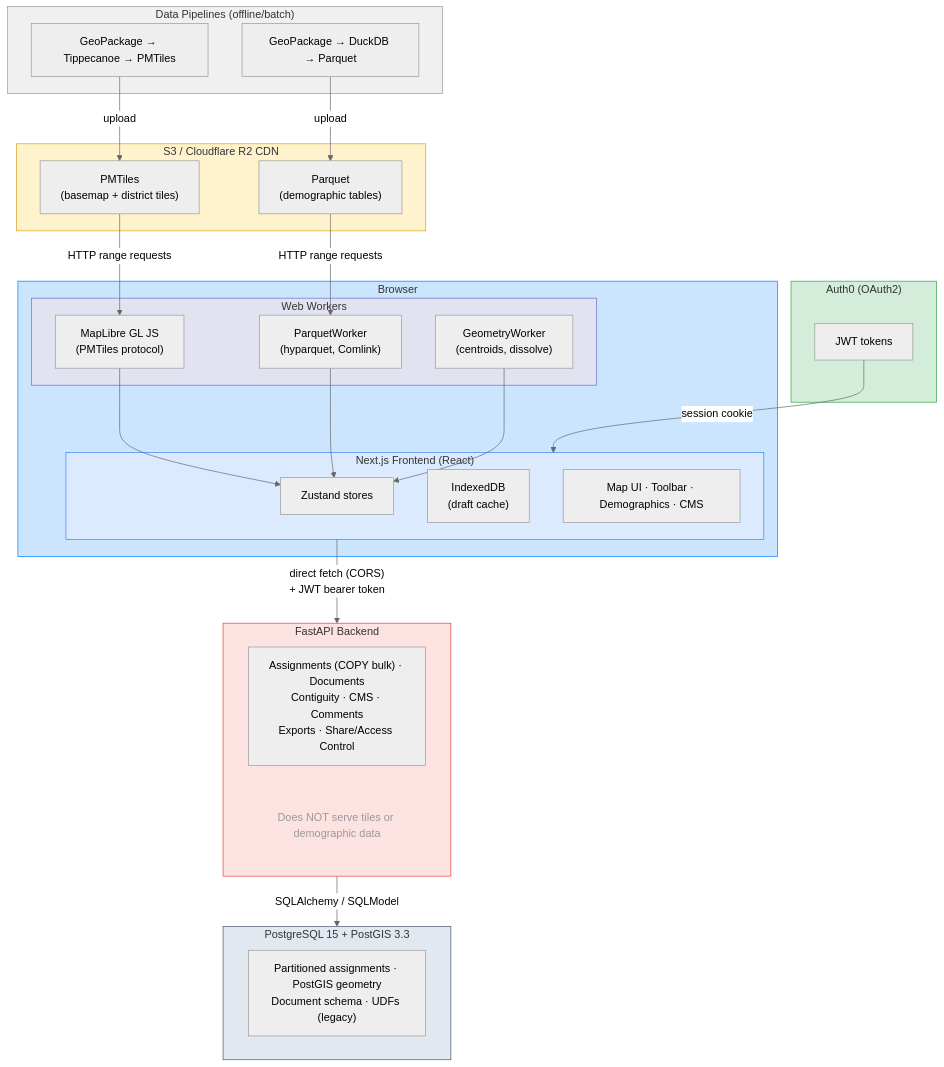
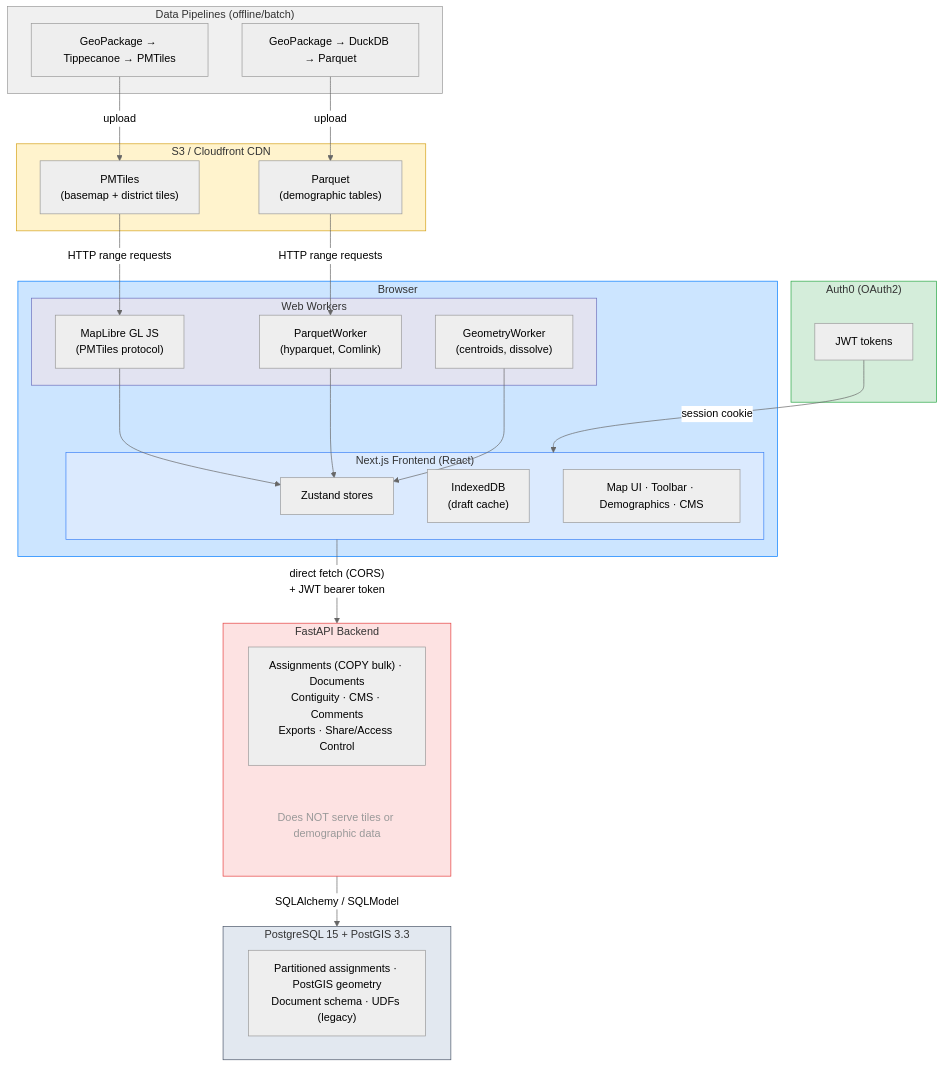
One commit to districtr/districtr-v2 changed the diagram in .agents/ARCHITECTURE.md. Above: the diagram before and after it, drawn with Mermaid (neutral theme). The commit also changed other lines of this file and 5 other files, not shown here.

````diff
--- a/.agents/ARCHITECTURE.md
+++ b/.agents/ARCHITECTURE.md
@@ -7,59 +7,59 @@
 ```mermaid
 graph TD
     subgraph Pipelines["Data Pipelines (offline/batch)"]
         P1["GeoPackage → Tippecanoe → PMTiles"]
         P2["GeoPackage → DuckDB → Parquet"]
     end
 
-    subgraph S3["S3 / Cloudflare R2 CDN"]
+    subgraph S3["S3 / Cloudfront CDN"]
         Tiles["PMTiles<br/>(basemap + district tiles)"]
         Parquet["Parquet<br/>(demographic tables)"]
     end
 
     subgraph Auth["Auth0 (OAuth2)"]
         JWT["JWT tokens"]
     end
 
     subgraph Browser["Browser"]
         subgraph Workers["Web Workers"]
             MapLibre["MapLibre GL JS<br/>(PMTiles protocol)"]
             PW["ParquetWorker<br/>(hyparquet, Comlink)"]
             GW["GeometryWorker<br/>(centroids, dissolve)"]
         end
         subgraph App["Next.js Frontend (React)"]
             Zustand["Zustand stores"]
             IDB["IndexedDB<br/>(draft cache)"]
             UI["Map UI · Toolbar · Demographics · CMS"]
         end
     end
 
     subgraph API["FastAPI Backend"]
         Endpoints["Assignments (COPY bulk) · Documents<br/>Contiguity · CMS · Comments<br/>Exports · Share/Access Control"]
         Note["Does NOT serve tiles or demographic data"]
     end
 
     subgraph DB["PostgreSQL 15 + PostGIS 3.3"]
         Tables["Partitioned assignments · PostGIS geometry<br/>Document schema · UDFs (legacy)"]
     end
 
     P1 -->|upload| Tiles
     P2 -->|upload| Parquet
     Tiles -->|HTTP range requests| MapLibre
     Parquet -->|HTTP range requests| PW
     JWT -->|session cookie| App
     MapLibre --> Zustand
     PW --> Zustand
     GW --> Zustand
     App -->|"direct fetch (CORS)<br/>+ JWT bearer token"| API
     API -->|SQLAlchemy / SQLModel| DB
 
     style Pipelines fill:#f0f0f0,stroke:#999
     style S3 fill:#fff3cd,stroke:#d4a017
     style Auth fill:#d4edda,stroke:#28a745
     style Browser fill:#cce5ff,stroke:#007bff
     style Workers fill:#e2e3f1,stroke:#6c6fbd
     style App fill:#dbeafe,stroke:#3b82f6
     style API fill:#fde2e2,stroke:#e53e3e
     style DB fill:#e2e8f0,stroke:#4a5568
     style Note fill:none,stroke:none,color:#999
 ```
````
